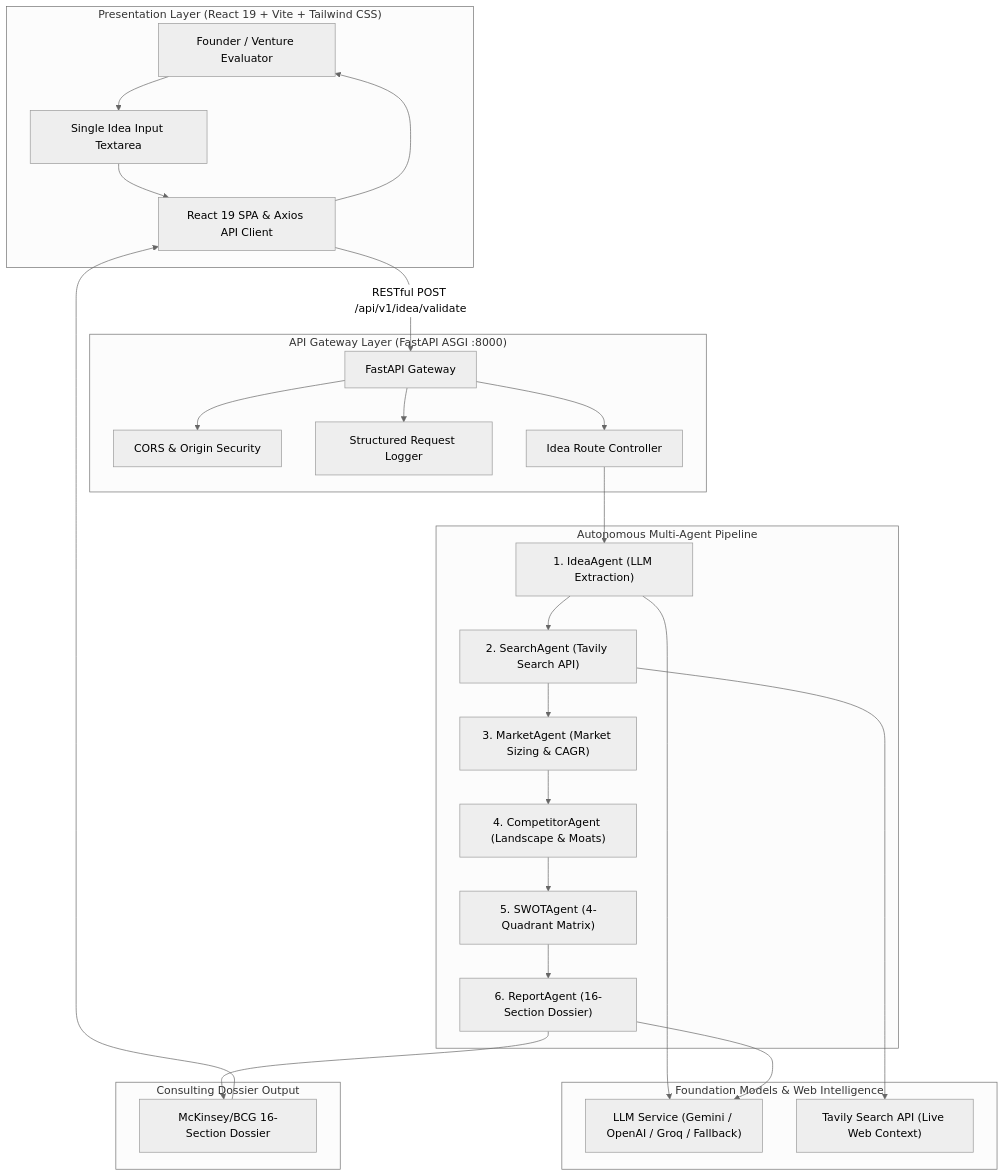
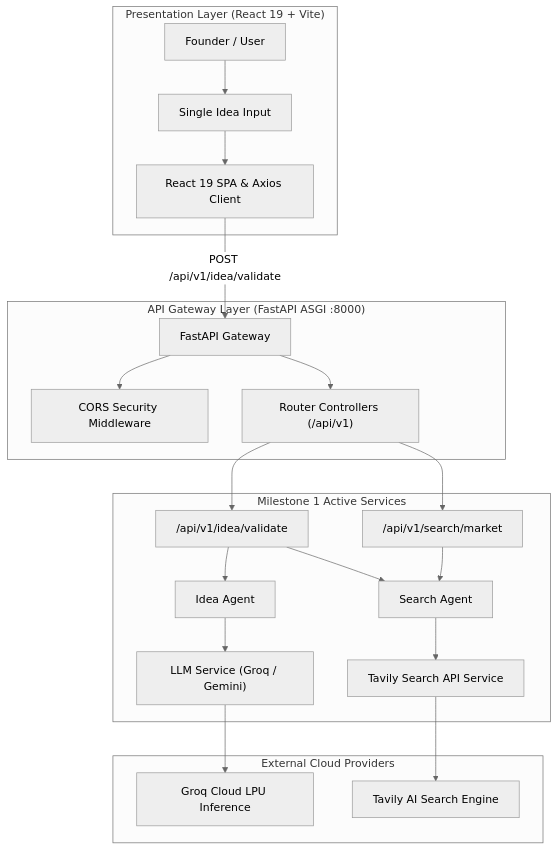
Before and after one commit to lakshyasinghal08/AI-Startup-Idea-Validator: the diagram in README.md, drawn with Mermaid (neutral theme). The commit also changed other lines of this file and 33 other files, not shown here.

Commit message:
update llm and tavily api

````diff
--- a/README.md
+++ b/README.md
@@ -74,34 +60,30 @@
 ```mermaid
 graph TB
-    subgraph ClientTier ["Presentation Layer (React 19 + Vite + Tailwind CSS)"]
-        User["Founder / Venture Evaluator"] --> SingleInput["Single Idea Input Textarea"]
-        SingleInput --> SPA["React 19 SPA & Axios API Client"]
+    subgraph ClientTier ["Presentation Layer (React 19 + Vite)"]
+        User["Founder / User"] --> SingleInput["Single Idea Input"]
+        SingleInput --> SPA["React 19 SPA & Axios Client"]
     end
 
     subgraph GatewayTier ["API Gateway Layer (FastAPI ASGI :8000)"]
-        SPA -->|RESTful POST /api/v1/idea/validate| FastAPIGateway["FastAPI Gateway"]
-        FastAPIGateway --> CORSSecurity["CORS & Origin Security"]
-        FastAPIGateway --> RequestLogging["Structured Request Logger"]
-        FastAPIGateway --> ValidationRoute["Idea Route Controller"]
+        SPA -->|POST /api/v1/idea/validate| FastAPIGateway["FastAPI Gateway"]
+        FastAPIGateway --> CORSSecurity["CORS Security Middleware"]
+        FastAPIGateway --> Router["Router Controllers (/api/v1)"]
     end
 
-    subgraph AgentTier ["Autonomous Multi-Agent Pipeline"]
-        ValidationRoute --> IdeaAgent["1. IdeaAgent (LLM Extraction)"]
-        IdeaAgent --> SearchAgent["2. SearchAgent (Tavily Search API)"]
-        SearchAgent --> MarketAgent["3. MarketAgent (Market Sizing & CAGR)"]
-        MarketAgent --> CompetitorAgent["4. CompetitorAgent (Landscape & Moats)"]
-        CompetitorAgent --> SWOTAgent["5. SWOTAgent (4-Quadrant Matrix)"]
-        SWOTAgent --> ReportAgent["6. ReportAgent (16-Section Dossier)"]
+    subgraph CoreMilestone1 ["Milestone 1 Active Services"]
+        Router --> IdeaRoute["/api/v1/idea/validate"]
+        Router --> SearchRoute["/api/v1/search/market"]
+        
+        IdeaRoute --> IdeaAgent["Idea Agent"]
+        IdeaRoute --> SearchAgent["Search Agent"]
+        SearchRoute --> SearchAgent
+        
+        IdeaAgent --> LLMService["LLM Service (Groq / Gemini)"]
+        SearchAgent --> TavilyService["Tavily Search API Service"]
     end
 
-    subgraph ServiceTier ["Foundation Models & Web Intelligence"]
-        IdeaAgent & ReportAgent --> LLMService["LLM Service (Gemini / OpenAI / Groq / Fallback)"]
-        SearchAgent --> TavilyService["Tavily Search API (Live Web Context)"]
-    end
-
-    subgraph PresentationOutput ["Consulting Dossier Output"]
-        ReportAgent --> ConsultingReport["McKinsey/BCG 16-Section Dossier"]
-        ConsultingReport --> SPA
-        SPA --> User
+    subgraph ExternalIntelligence ["External Cloud Providers"]
+        LLMService --> GroqAPI["Groq Cloud LPU Inference"]
+        TavilyService --> TavilyAPI["Tavily AI Search Engine"]
     end
 ```
````
